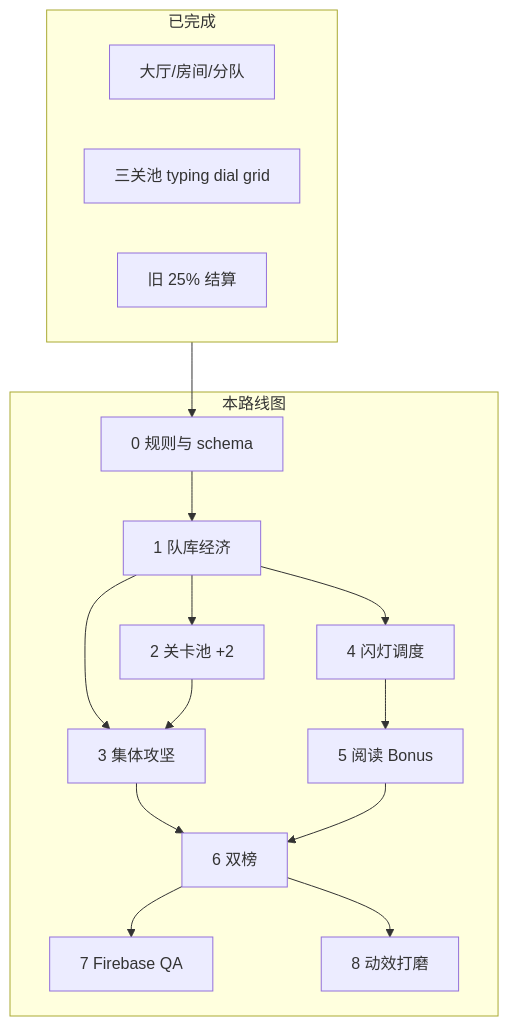
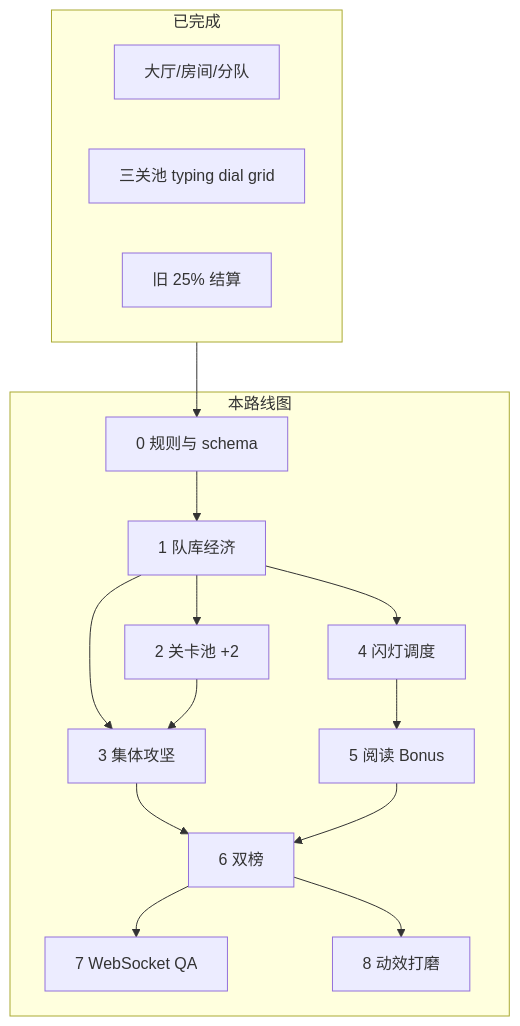
The diagram in IMPLEMENTATION_ROADMAP.md (teyben666/fcitworkshop), drawn with Mermaid before and after one commit. The commit also changed other lines of this file and 37 other files, not shown here.

````diff
--- a/IMPLEMENTATION_ROADMAP.md
+++ b/IMPLEMENTATION_ROADMAP.md
@@ -11,30 +12,30 @@
 ```mermaid
 flowchart TB
     subgraph done [已完成]
         A[大厅/房间/分队]
         B[三关池 typing dial grid]
         C[旧 25% 结算]
     end
     subgraph next [本路线图]
         P0[0 规则与 schema]
         P1[1 队库经济]
         P2[2 关卡池 +2]
         P3[3 集体攻坚]
         P4[4 闪灯调度]
         P5[5 阅读 Bonus]
         P6[6 双榜]
-        P7[7 Firebase QA]
+        P7[7 WebSocket QA]
         P8[8 动效打磨]
     end
     done --> P0
     P0 --> P1
     P1 --> P2
     P1 --> P3
     P2 --> P3
     P1 --> P4
     P4 --> P5
     P3 --> P6
     P5 --> P6
     P6 --> P7
     P6 --> P8
 ```
````
